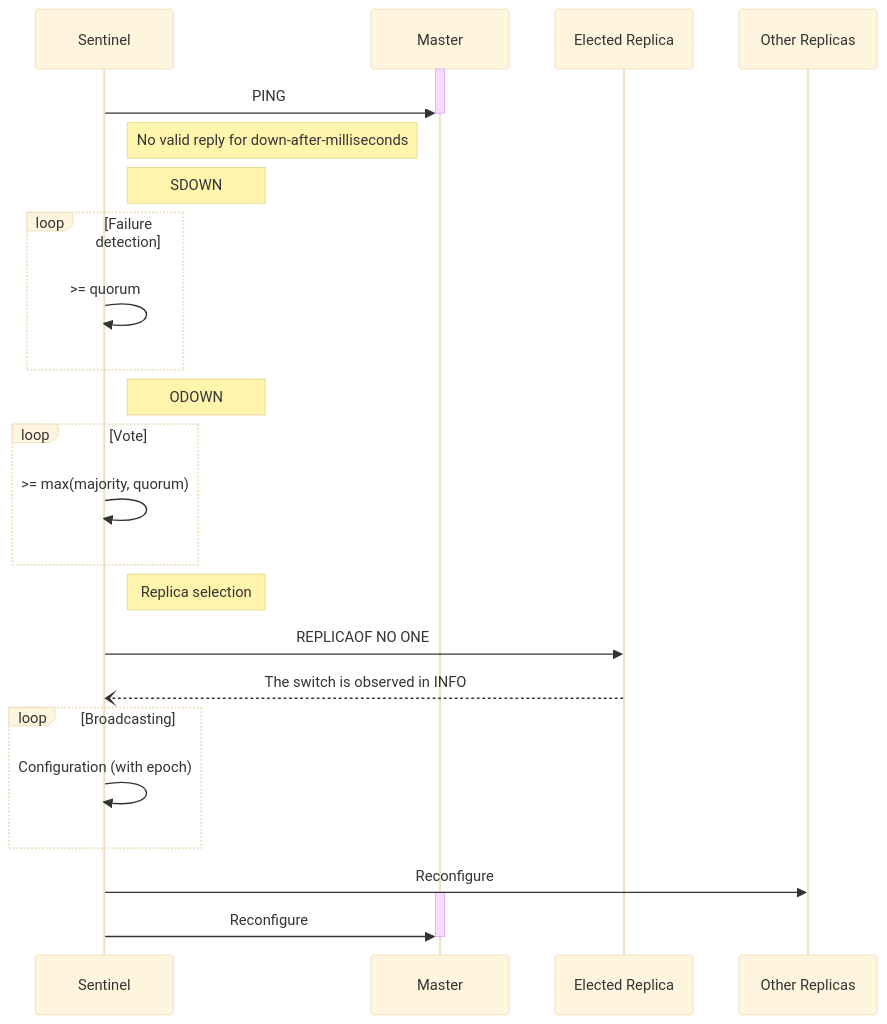
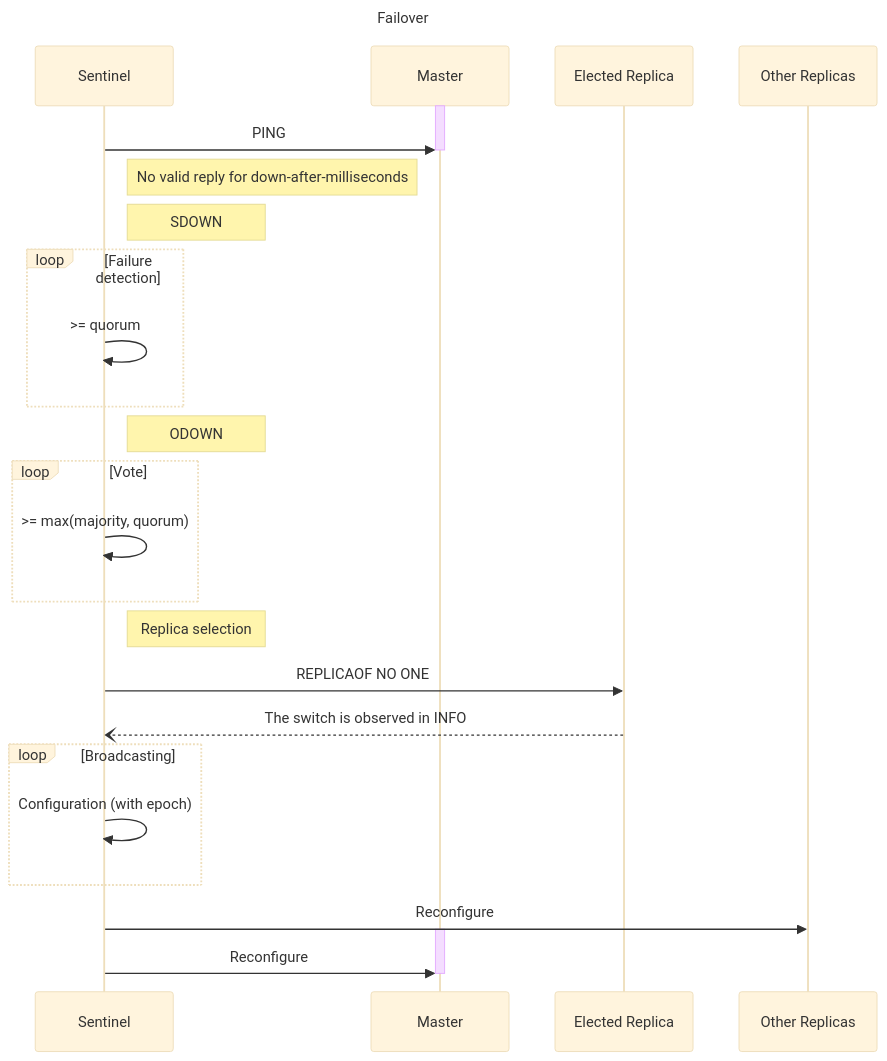
One commit to qinghaoh/qinghaoh.github.io changed the eighth of 8 diagrams in _posts/2022-08-29-system-design.markdown. Above: the diagram before and after it, drawn with Mermaid (base theme). The commit also changed other lines of this file and 5 other files, not shown here.

````diff
--- a/_posts/2022-08-29-system-design.markdown
+++ b/_posts/2022-08-29-system-design.markdown
@@ -203,25 +247,28 @@
 ```mermaid
+---
+title: Failover
+---
 sequenceDiagram
     activate Master
     Sentinel->>Master: PING
     deactivate Master
     Note right of Sentinel:  No valid reply for down-after-milliseconds
     Note right of Sentinel: SDOWN
     loop Failure detection
         Sentinel->>Sentinel: >= quorum
     end
     Note right of Sentinel: ODOWN
     loop Vote
         Sentinel->>Sentinel: >= max(majority, quorum)
     end
     Note right of Sentinel: Replica selection
     Sentinel->>Elected Replica: REPLICAOF NO ONE
     Elected Replica--)Sentinel: The switch is observed in INFO
     loop Broadcasting
         Sentinel->>Sentinel: Configuration (with epoch)
     end
     Sentinel->>Other Replicas: Reconfigure
     activate Master
     Sentinel->>Master: Reconfigure
     deactivate Master
 ```
````
